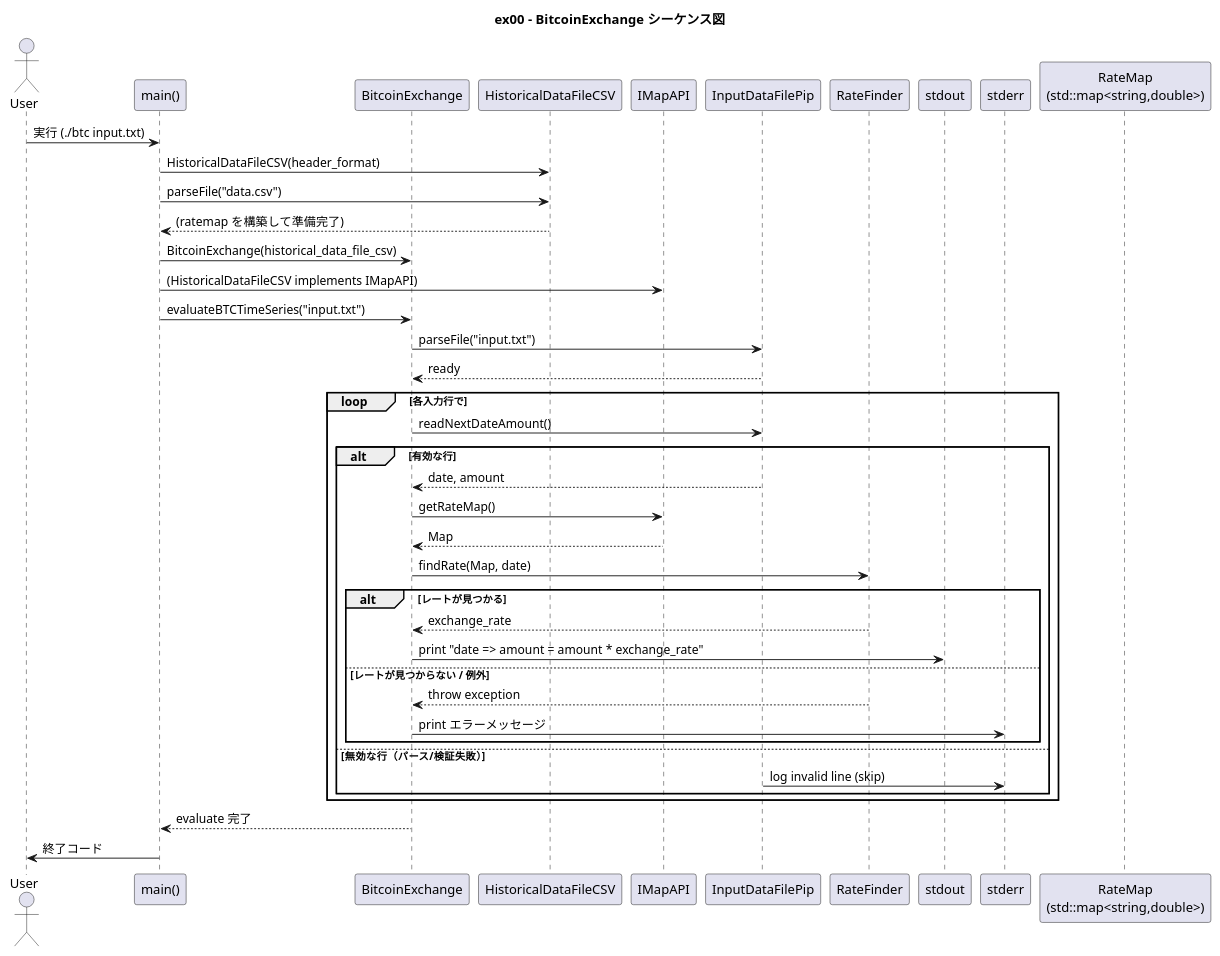
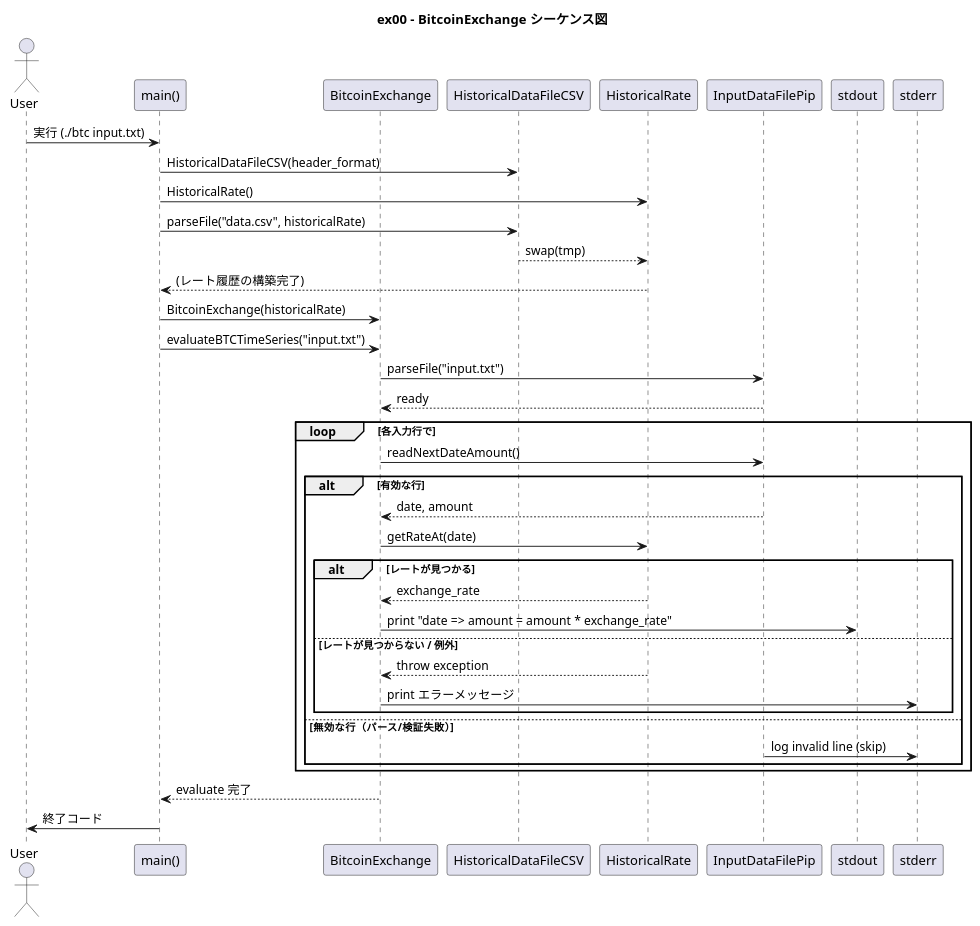
Before and after one commit to ra121e/cpp09: the diagram in ex00/sequence_ex00.puml, drawn with PlantUML. The commit also changed 9 other files, not shown here.

```diff
--- a/ex00/sequence_ex00.puml
+++ b/ex00/sequence_ex00.puml
@@ -1,48 +1,45 @@
 @startuml ex00_sequence
 title ex00 - BitcoinExchange シーケンス図
 
 actor User
 participant Main as "main()"
 participant BitcoinExchange as "BitcoinExchange"
 participant HistoricalDataFileCSV as "HistoricalDataFileCSV"
-participant IMapAPI as "IMapAPI"
+participant HistoricalRate as "HistoricalRate"
 participant InputDataFilePip as "InputDataFilePip"
-participant RateFinder as "RateFinder"
 participant StdOut as "stdout"
 participant StdErr as "stderr"
-participant Map as "RateMap\n(std::map<string,double>)"
 
 User -> Main: 実行 (./btc input.txt)
 Main -> HistoricalDataFileCSV: HistoricalDataFileCSV(header_format)
-Main -> HistoricalDataFileCSV: parseFile("data.csv")
-HistoricalDataFileCSV --> Main: (ratemap を構築して準備完了)
-Main -> BitcoinExchange: BitcoinExchange(historical_data_file_csv)
-Main -> IMapAPI: (HistoricalDataFileCSV implements IMapAPI)
+Main -> HistoricalRate: HistoricalRate()
+Main -> HistoricalDataFileCSV: parseFile("data.csv", historicalRate)
+HistoricalDataFileCSV --> HistoricalRate: swap(tmp)
+HistoricalRate --> Main: (レート履歴の構築完了)
+Main -> BitcoinExchange: BitcoinExchange(historicalRate)
 
 Main -> BitcoinExchange: evaluateBTCTimeSeries("input.txt")
 BitcoinExchange -> InputDataFilePip: parseFile("input.txt")
 InputDataFilePip --> BitcoinExchange: ready
 
 loop 各入力行で
     BitcoinExchange -> InputDataFilePip: readNextDateAmount()
     alt 有効な行
         InputDataFilePip --> BitcoinExchange: date, amount
-        BitcoinExchange -> IMapAPI: getRateMap()
-        IMapAPI --> BitcoinExchange: Map
-        BitcoinExchange -> RateFinder: findRate(Map, date)
+        BitcoinExchange -> HistoricalRate: getRateAt(date)
         alt レートが見つかる
-            RateFinder --> BitcoinExchange: exchange_rate
+            HistoricalRate --> BitcoinExchange: exchange_rate
             BitcoinExchange -> StdOut: print "date => amount = amount * exchange_rate"
         else レートが見つからない / 例外
-            RateFinder --> BitcoinExchange: throw exception
+            HistoricalRate --> BitcoinExchange: throw exception
             BitcoinExchange -> StdErr: print エラーメッセージ
         end
     else 無効な行（パース/検証失敗）
         InputDataFilePip -> StdErr: log invalid line (skip)
     end
 end
 
 BitcoinExchange --> Main: evaluate 完了
 Main -> User: 終了コード
 
 @enduml
```
